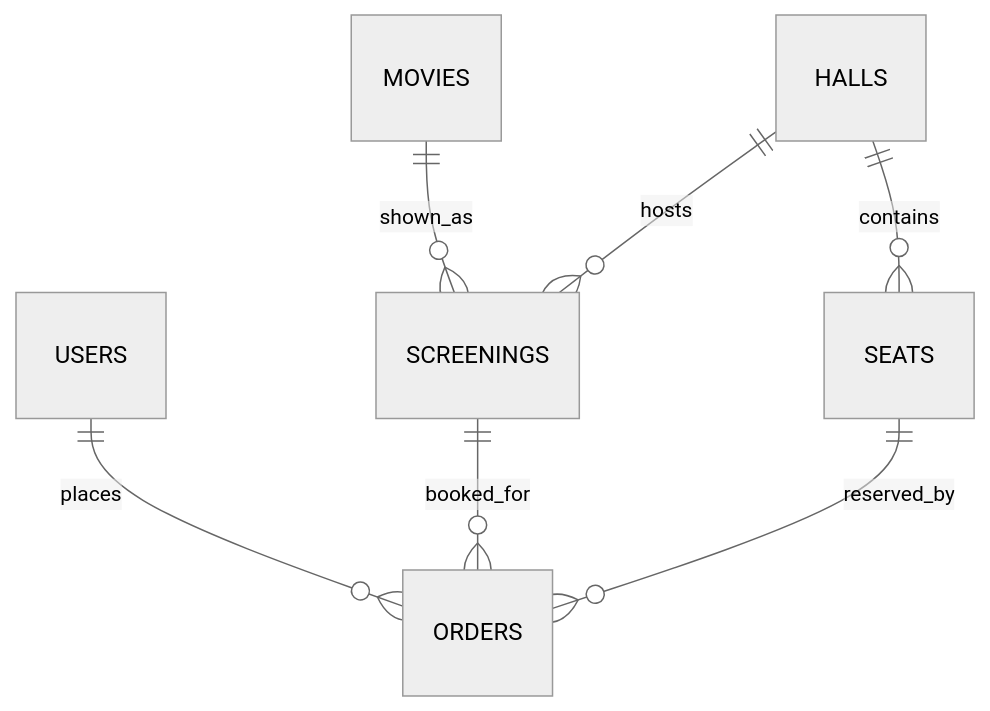
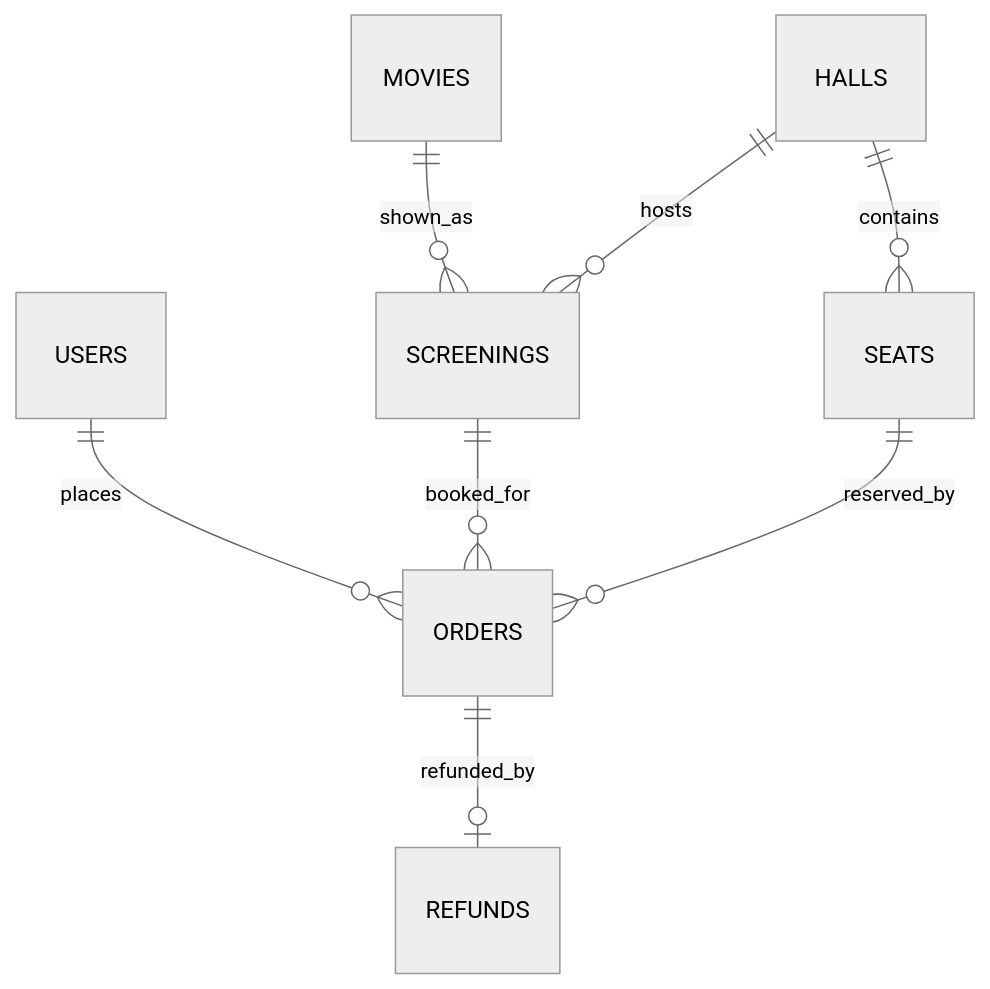
One commit to GustaveChoi/AbsoluteCinema changed the diagram in README.md. Above: the diagram before and after it, drawn with Mermaid (neutral theme). The commit also changed other lines of this file and 8 other files, not shown here.

````diff
--- a/README.md
+++ b/README.md
@@ -86,9 +93,10 @@
 ```mermaid
 erDiagram
     USERS ||--o{ ORDERS : places
     MOVIES ||--o{ SCREENINGS : shown_as
     HALLS ||--o{ SCREENINGS : hosts
     HALLS ||--o{ SEATS : contains
     SCREENINGS ||--o{ ORDERS : booked_for
     SEATS ||--o{ ORDERS : reserved_by
+    ORDERS ||--o| REFUNDS : refunded_by
 ```
````
